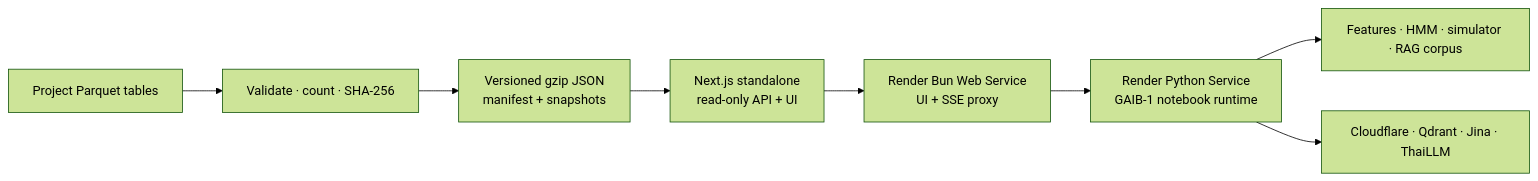
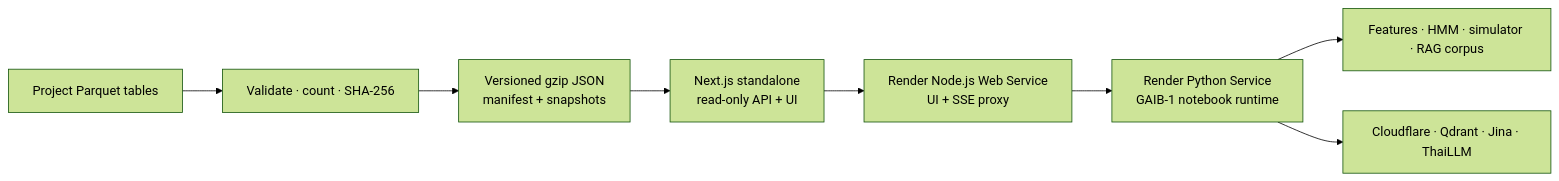
The sixth of 7 diagrams in docs/research-methodology.md (op71312/gold_assisstant), drawn with Mermaid (forest theme) before and after one commit. The commit also changed other lines of this file and 5 other files, not shown here.

````diff
--- a/docs/research-methodology.md
+++ b/docs/research-methodology.md
@@ -129,10 +129,10 @@
 ```mermaid
 flowchart LR
   parquet["Project Parquet tables"] --> export["Validate · count · SHA-256"]
   export --> bundle["Versioned gzip JSON<br/>manifest + snapshots"]
   bundle --> next["Next.js standalone<br/>read-only API + UI"]
-  next --> render["Render Bun Web Service<br/>UI + SSE proxy"]
+  next --> render["Render Node.js Web Service<br/>UI + SSE proxy"]
   render --> py["Render Python Service<br/>GAIB-1 notebook runtime"]
   py --> artifacts["Features · HMM · simulator · RAG corpus"]
   py --> remote["Cloudflare · Qdrant · Jina · ThaiLLM"]
 ```
````
